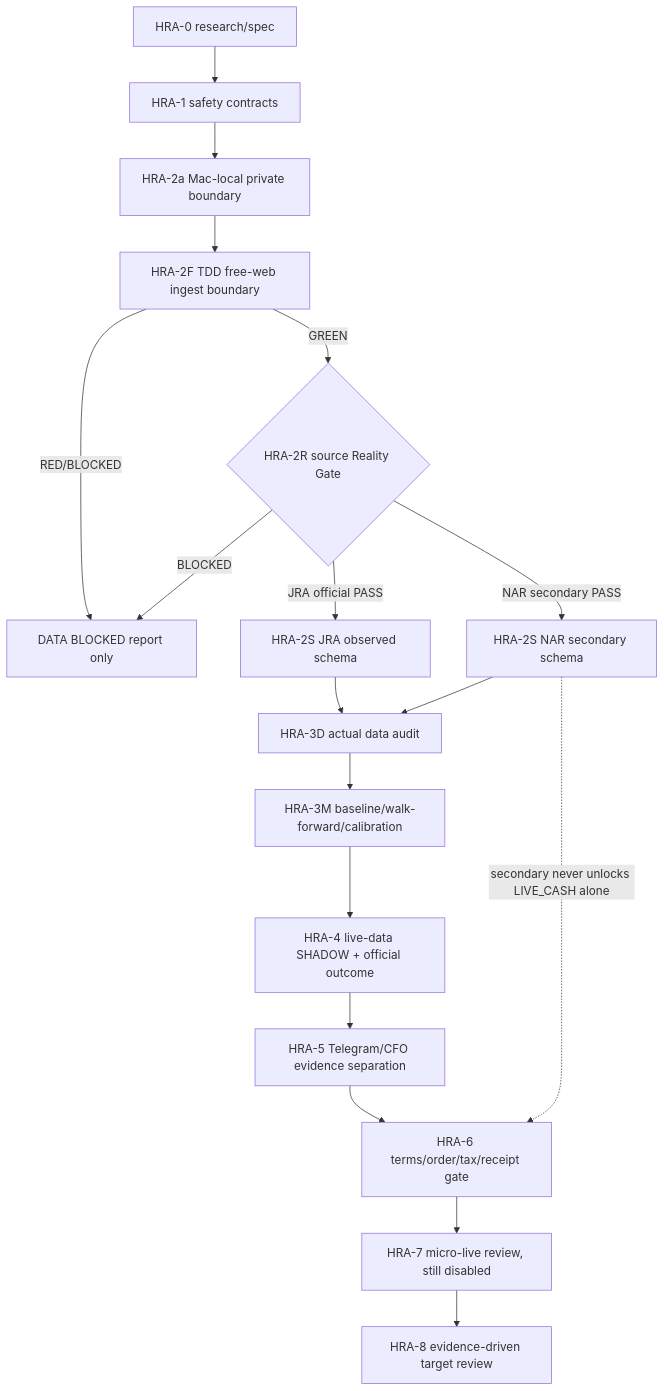
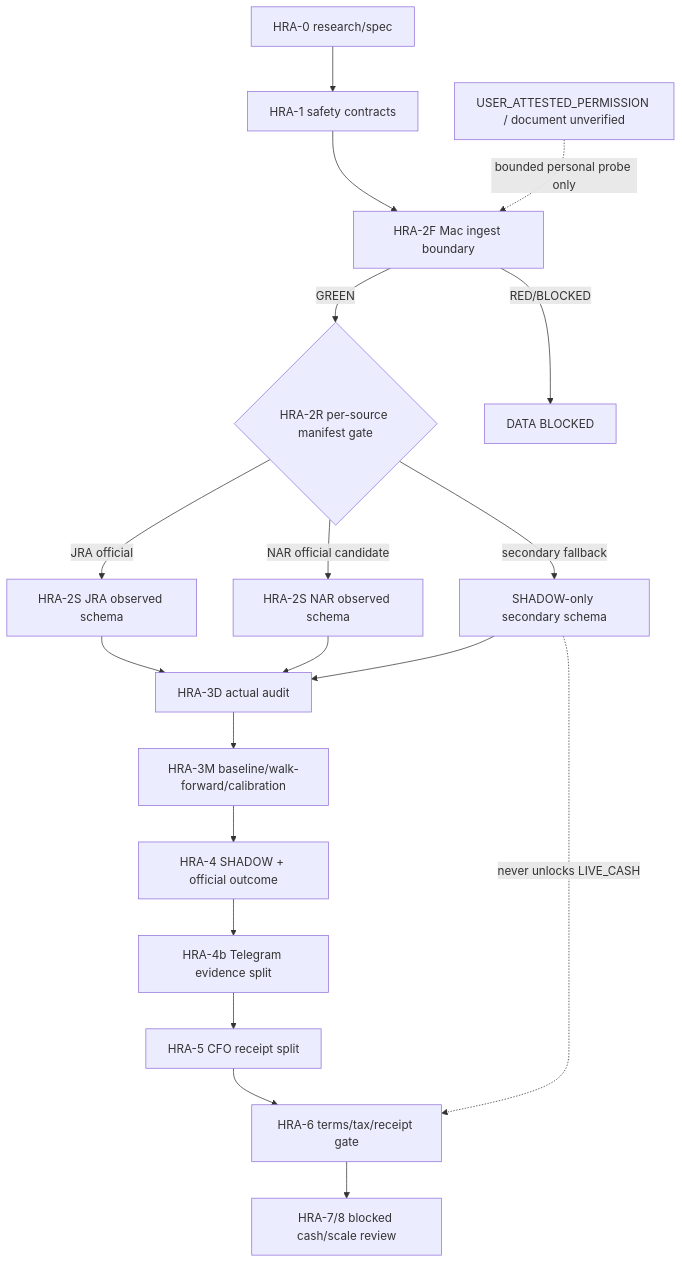
One commit to Daisuke134/anicca changed the first of 3 diagrams in docs/superpowers/specs/2026-08-09-life-manager-horse-racing-agent-design.md. Above: the diagram before and after it, drawn with Mermaid. The commit also changed other lines of this file, not shown here.

Commit message:
docs(horse-racing): promote NAR official free data

```diff
--- a/docs/superpowers/specs/2026-08-09-life-manager-horse-racing-agent-design.md
+++ b/docs/superpowers/specs/2026-08-09-life-manager-horse-racing-agent-design.md
@@ -67,20 +65,21 @@
 ~~~mermaid
 flowchart TD
   A[HRA-0 research/spec] --> B[HRA-1 safety contracts]
-  B --> C[HRA-2a Mac-local private boundary]
-  C --> F[HRA-2F TDD free-web ingest boundary]
-  F -- GREEN --> G{HRA-2R source Reality Gate}
-  F -- RED/BLOCKED --> X[DATA BLOCKED: refactor required]
-  G -- JRA official PASS --> J[HRA-2S JRA observed schema]
-  G -- NAR secondary PASS --> N[HRA-2S NAR secondary schema]
-  G -- BLOCKED --> X[DATA BLOCKED report only]
-  J --> D[HRA-3D actual data audit]
+  B --> F[HRA-2F Mac ingest boundary]
+  P[USER_ATTESTED_PERMISSION / document unverified] -. bounded personal probe only .-> F
+  F -- GREEN --> G{HRA-2R per-source manifest gate}
+  F -- RED/BLOCKED --> X[DATA BLOCKED]
+  G -- JRA official --> J[HRA-2S JRA observed schema]
+  G -- NAR official candidate --> N[HRA-2S NAR observed schema]
+  G -- secondary fallback --> S[SHADOW-only secondary schema]
+  J --> D[HRA-3D actual audit]
   N --> D
+  S --> D
   D --> M[HRA-3M baseline/walk-forward/calibration]
-  M --> S[HRA-4 live-data SHADOW + official outcome]
-  S --> T[HRA-5 Telegram/CFO evidence separation]
-  T --> P[HRA-6 terms/order/tax/receipt gate]
-  P --> Q[HRA-7 micro-live review, still disabled]
-  Q --> R[HRA-8 evidence-driven target review]
-  N -. secondary never unlocks LIVE_CASH alone .-> P
+  M --> H[HRA-4 SHADOW + official outcome]
+  H --> T[HRA-4b Telegram evidence split]
+  T --> C[HRA-5 CFO receipt split]
+  C --> Q[HRA-6 terms/tax/receipt gate]
+  Q --> Z[HRA-7/8 blocked cash/scale review]
+  S -. never unlocks LIVE_CASH .-> Q
 ~~~
```
